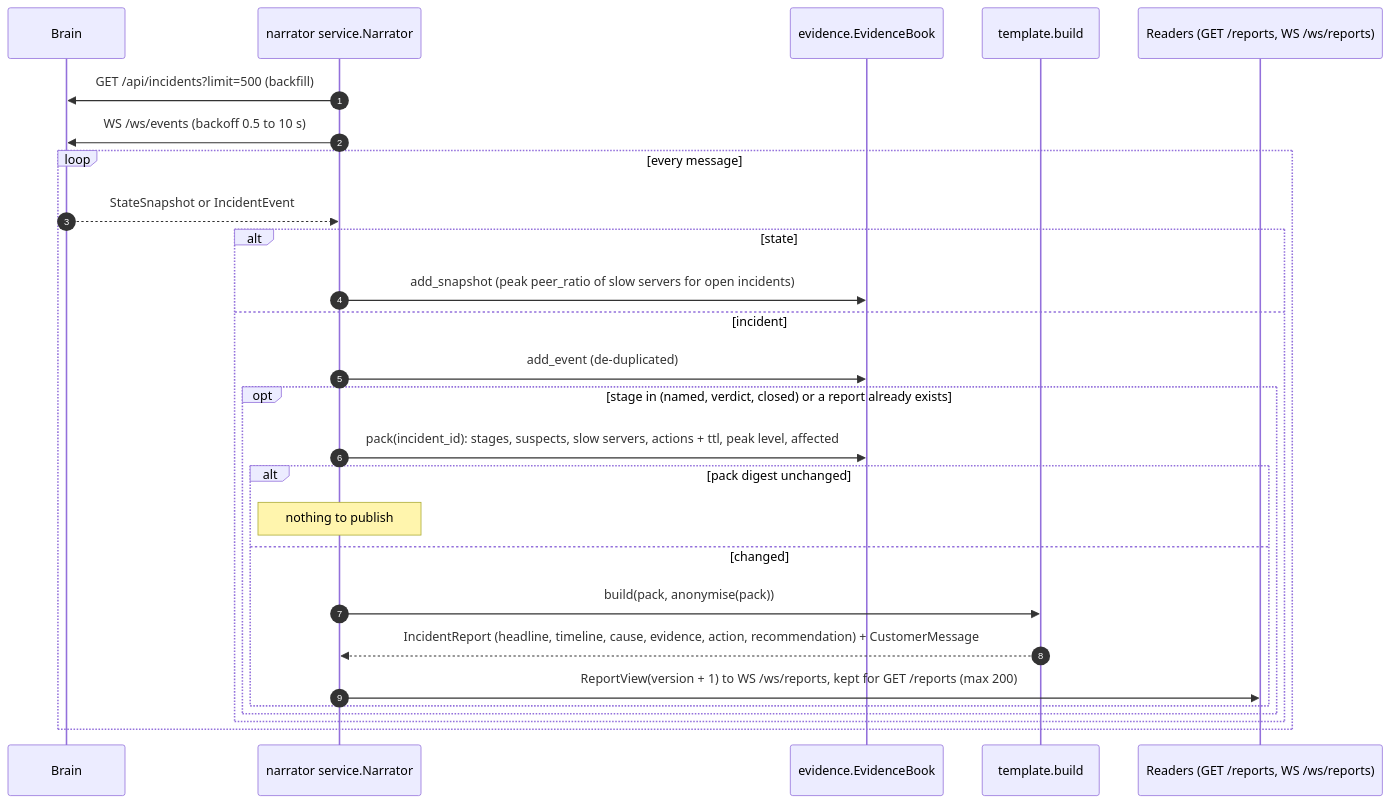
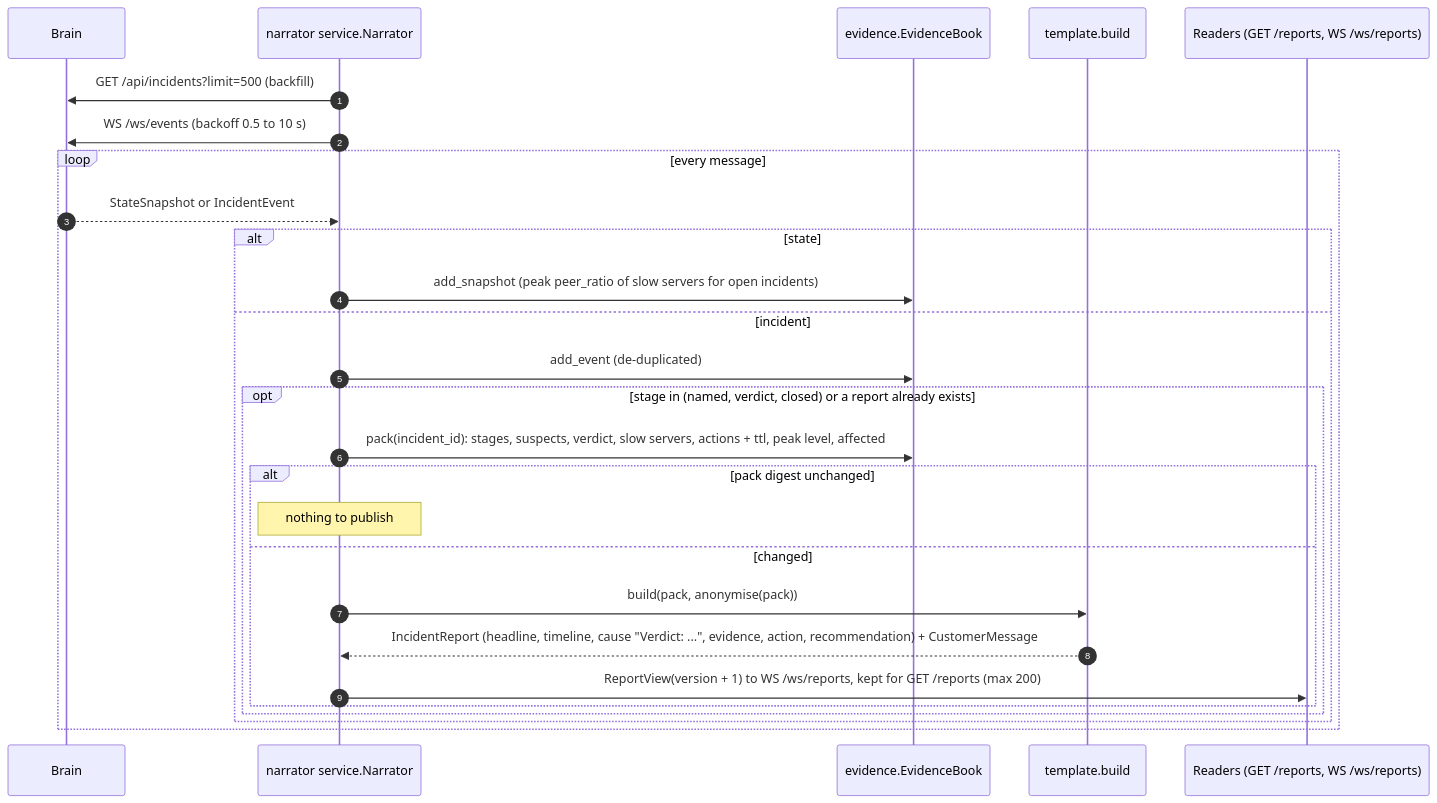
Diagram 12 of 13 in prototype-docs/05_SEQUENCE_DIAGRAMS.md (yashodeepchaudhari/tenantguard), drawn with Mermaid before and after one commit. The commit also changed other lines of this file and 23 other files, not shown here.

Commit message:
Prototype docs: catalogs, sequences, config, risks and testing describe the final master; new billing catalog

````diff
--- a/prototype-docs/05_SEQUENCE_DIAGRAMS.md
+++ b/prototype-docs/05_SEQUENCE_DIAGRAMS.md
@@ -394,30 +671,30 @@
 ```mermaid
 sequenceDiagram
     autonumber
     participant B as Brain
     participant N as narrator service.Narrator
     participant EB as evidence.EvidenceBook
     participant TP as template.build
     participant SUB as Readers (GET /reports, WS /ws/reports)
 
     N->>B: GET /api/incidents?limit=500 (backfill)
     N->>B: WS /ws/events (backoff 0.5 to 10 s)
     loop every message
         B-->>N: StateSnapshot or IncidentEvent
         alt state
             N->>EB: add_snapshot (peak peer_ratio of slow servers for open incidents)
         else incident
             N->>EB: add_event (de-duplicated)
             opt stage in (named, verdict, closed) or a report already exists
-                N->>EB: pack(incident_id): stages, suspects, slow servers, actions + ttl, peak level, affected
+                N->>EB: pack(incident_id): stages, suspects, verdict, slow servers, actions + ttl, peak level, affected
                 alt pack digest unchanged
                     Note over N: nothing to publish
                 else changed
                     N->>TP: build(pack, anonymise(pack))
-                    TP-->>N: IncidentReport (headline, timeline, cause, evidence, action, recommendation) + CustomerMessage
+                    TP-->>N: IncidentReport (headline, timeline, cause "Verdict: ...", evidence, action, recommendation) + CustomerMessage
                     N->>SUB: ReportView(version + 1) to WS /ws/reports, kept for GET /reports (max 200)
                 end
             end
         end
     end
 ```
````
